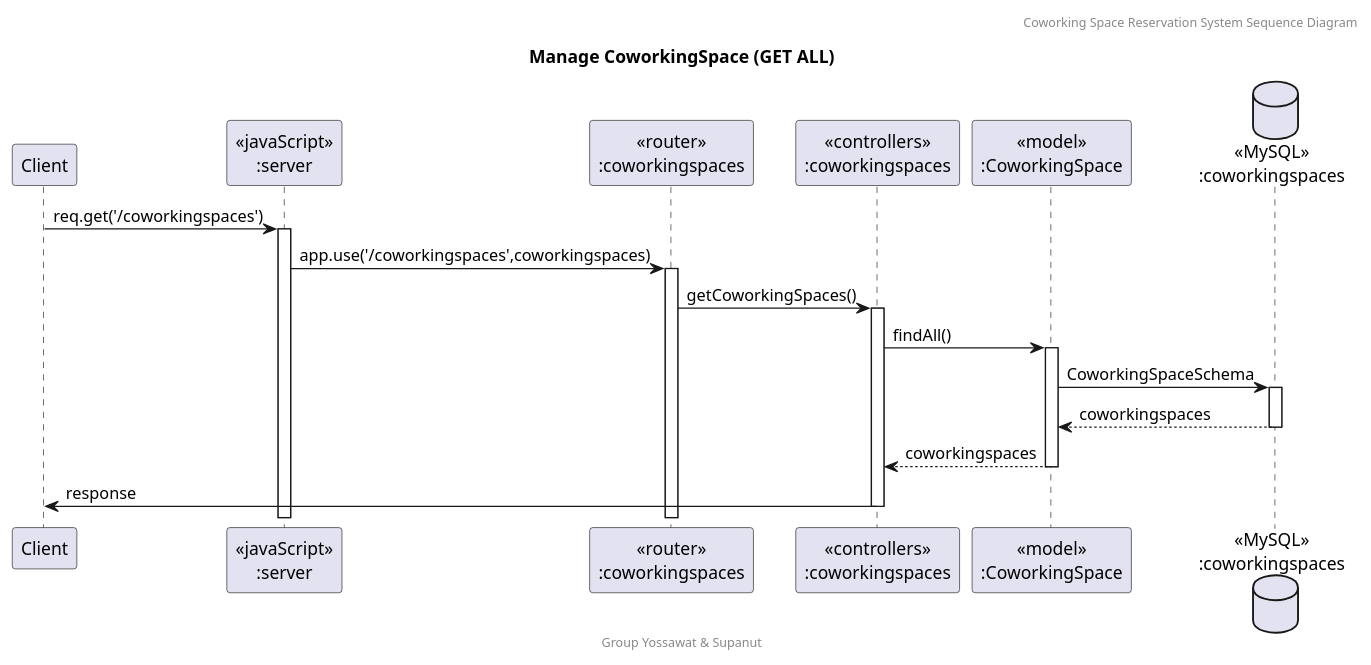
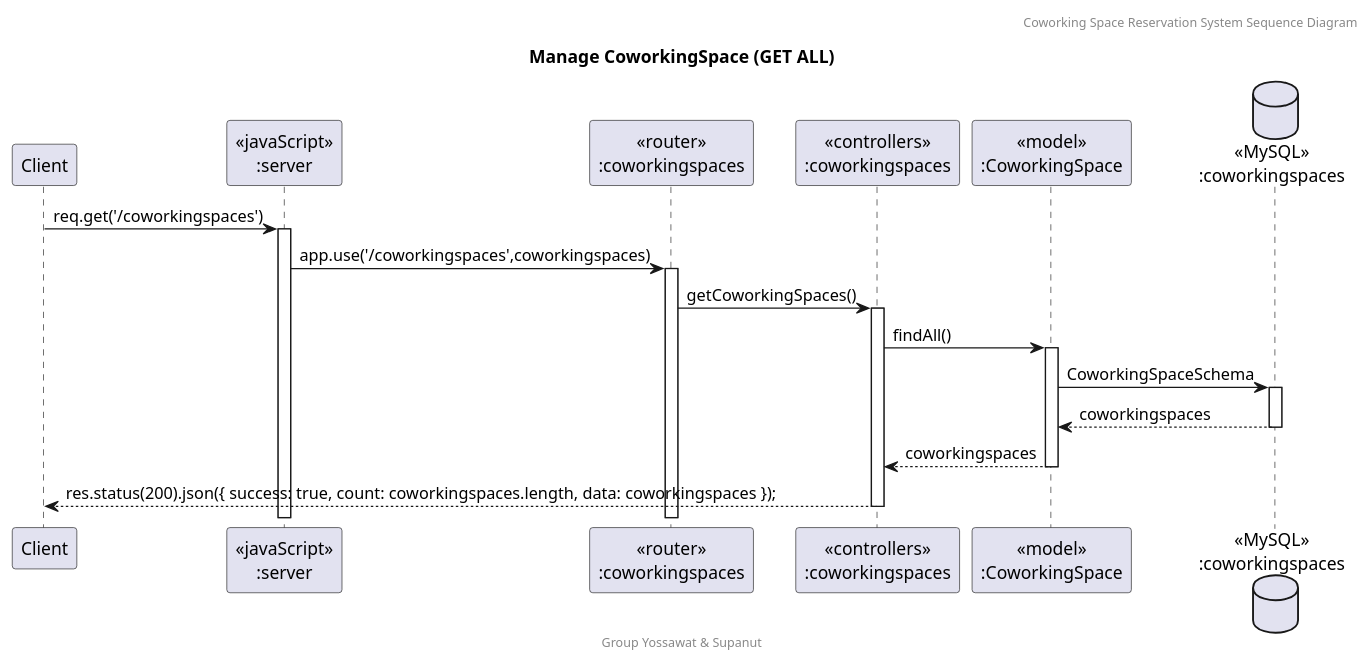
The diagram in doc/Sequence Diagram/puml/Co_Get_All.puml (SupanutT/sw-dev-prac-project), drawn with PlantUML before and after one commit. The commit also changed 8 other files, not shown here.

Commit message:
feat: sequence diagram (reservation)

```diff
--- a/doc/Sequence Diagram/puml/Co_Get_All.puml
+++ b/doc/Sequence Diagram/puml/Co_Get_All.puml
@@ -1,23 +1,23 @@
 @startuml Manage CoworkingSpace (GET ALL)
 
 header Coworking Space Reservation System Sequence Diagram
 footer Group Yossawat & Supanut
 title "Manage CoworkingSpace (GET ALL)"
 
 participant "Client" as client
 participant "<<javaScript>>\n:server" as server
 participant "<<router>>\n:coworkingspaces" as routerCoworkingSpaces
 participant "<<controllers>>\n:coworkingspaces" as controllersCoworkingSpaces
 participant "<<model>>\n:CoworkingSpace" as modelCoworkingSpace
 database "<<MySQL>>\n:coworkingspaces" as CoworkingSpacesDatabase
 
 client->server ++:req.get('/coworkingspaces')
 server->routerCoworkingSpaces ++:app.use('/coworkingspaces',coworkingspaces)
 routerCoworkingSpaces -> controllersCoworkingSpaces ++:getCoworkingSpaces()
 controllersCoworkingSpaces-> modelCoworkingSpace ++:findAll()
 modelCoworkingSpace -> CoworkingSpacesDatabase ++: CoworkingSpaceSchema
 CoworkingSpacesDatabase --> modelCoworkingSpace --: coworkingspaces
 controllersCoworkingSpaces <-- modelCoworkingSpace --:coworkingspaces
-controllersCoworkingSpaces->client --:response
+controllersCoworkingSpaces-->client --:res.status(200).json({ success: true, count: coworkingspaces.length, data: coworkingspaces });
 
 @enduml
```
